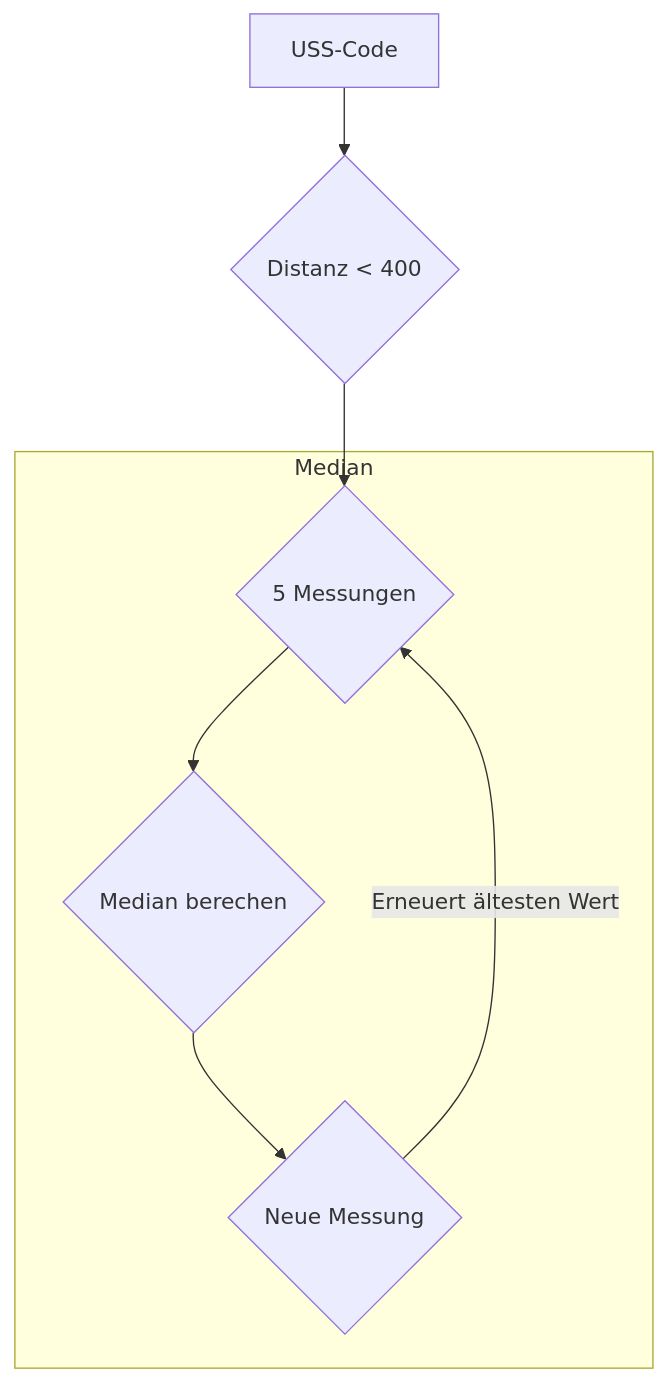
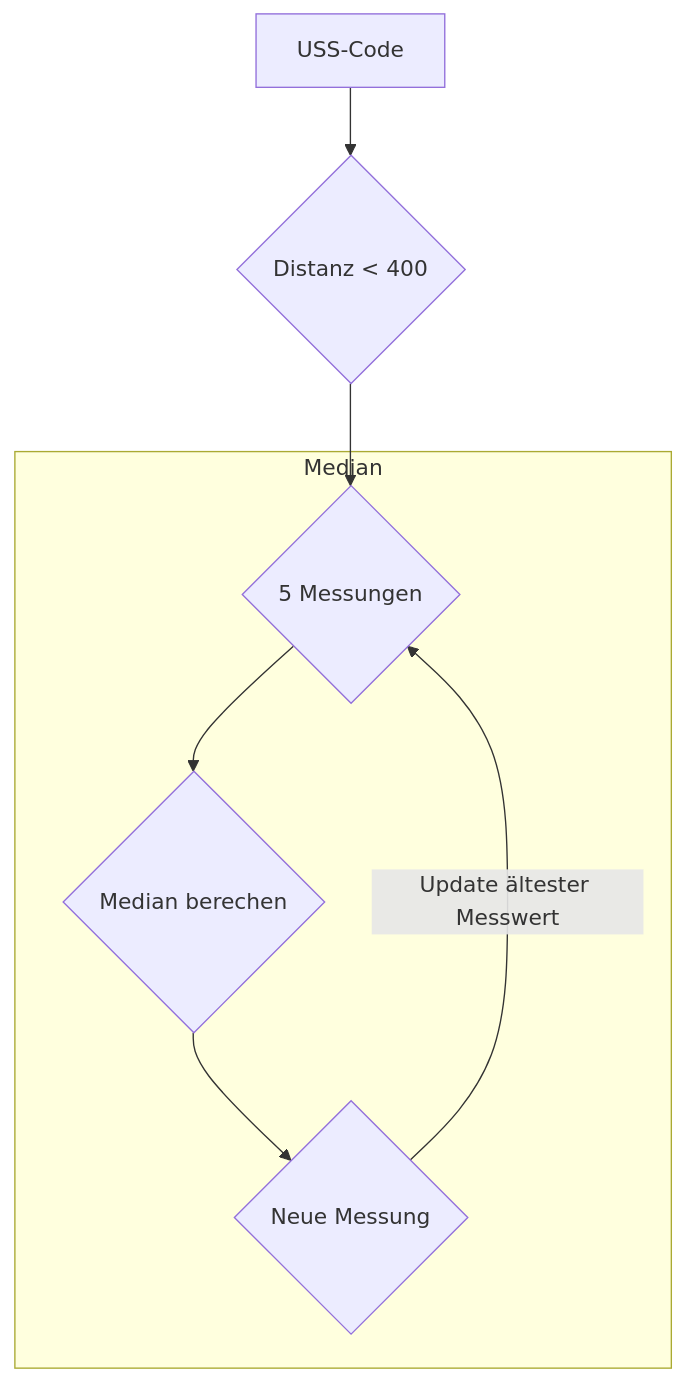
The diagram in Programme/Eröffnungsrennen/README.md (SchroedingersBit/PfortGTPanama), drawn with Mermaid before and after one commit.

````diff
--- a/Programme/Eröffnungsrennen/README.md
+++ b/Programme/Eröffnungsrennen/README.md
@@ -5,8 +5,8 @@
 ```mermaid
 flowchart TB;
 USS-Code --> D{Distanz < 400} --> M{5 Messungen};
 subgraph Median
-M-->ME{Median berechen} -->N{Neue Messung} -->|Erneuert ältesten Wert| M;
+M-->ME{Median berechen} -->N{Neue Messung} -->|Update ältester Messwert| M;
 end
 
 ```
````
